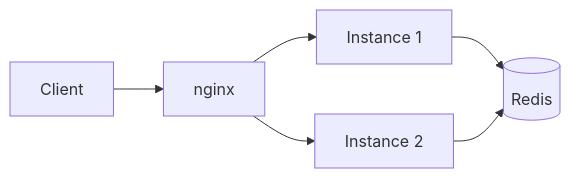
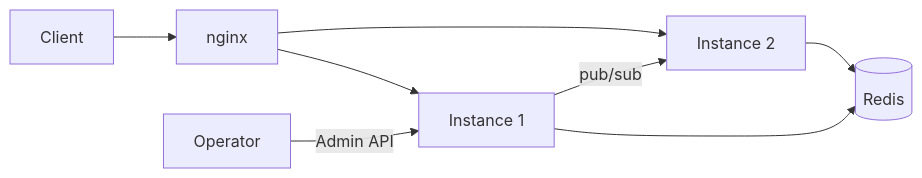
One commit to Aryan20apr/Distributed-Rate-Limiter changed the first of 3 diagrams in README.md. Above: the diagram before and after it, drawn with Mermaid. The commit also changed other lines of this file, not shown here.

````diff
--- a/README.md
+++ b/README.md
@@ -15,8 +17,10 @@
 ```mermaid
 flowchart LR
     Client --> nginx
     nginx --> App1[Instance 1]
     nginx --> App2[Instance 2]
     App1 --> Redis[(Redis)]
     App2 --> Redis
+    Admin[Operator] -->|Admin API| App1
+    App1 -->|pub/sub| App2
 ```
````
